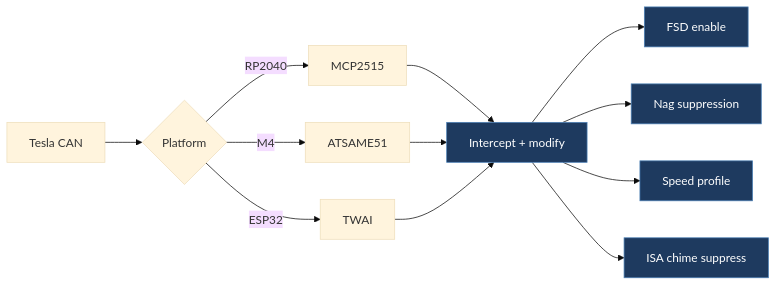
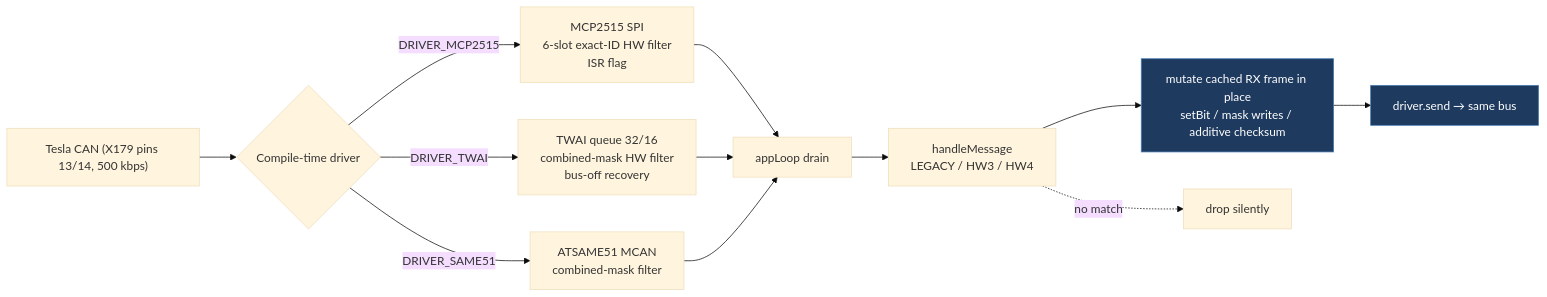
Before and after one commit to babico/TeslaCANModder: the diagram in docs/legacy/sahilcc7-tesla_can.md, drawn with Mermaid (base theme). The commit also changed other lines of this file and 99 other files, not shown here.

````diff
--- a/docs/legacy/sahilcc7-tesla_can.md
+++ b/docs/legacy/sahilcc7-tesla_can.md
@@ -19,14 +96,14 @@
 ```mermaid
 flowchart LR
-    Car["Tesla CAN"] --> HW{"Platform"}
-    HW -->|RP2040| MCP["MCP2515"]
-    HW -->|M4| MCAN["ATSAME51"]
-    HW -->|ESP32| TWAI["TWAI"]
-    MCP & MCAN & TWAI --> Frame["Intercept + modify"]
-    Frame --> FSD["FSD enable"]
-    Frame --> Nag["Nag suppression"]
-    Frame --> Prof["Speed profile"]
-    Frame --> ISA["ISA chime suppress"]
-    classDef path fill:#1e3a5f,stroke:#4a7fb5,color:#fff
-    class Frame,FSD,Nag,Prof,ISA path
+    Car["Tesla CAN (X179 pins 13/14, 500 kbps)"] --> HW{"Compile-time driver"}
+    HW -->|DRIVER_MCP2515| MCP["MCP2515 SPI<br/>6-slot exact-ID HW filter<br/>ISR flag"]
+    HW -->|DRIVER_TWAI| TWAI["TWAI queue 32/16<br/>combined-mask HW filter<br/>bus-off recovery"]
+    HW -->|DRIVER_SAME51| SAME["ATSAME51 MCAN<br/>combined-mask filter"]
+    MCP & TWAI & SAME --> Loop["appLoop drain"]
+    Loop --> Disp["handleMessage<br/>LEGACY / HW3 / HW4"]
+    Disp --> Mut["mutate cached RX frame in place<br/>setBit / mask writes / additive checksum"]
+    Mut --> TX["driver.send → same bus"]
+    Disp -.->|no match| Drop["drop silently"]
+    classDef active fill:#1e3a5f,stroke:#4a7fb5,color:#fff
+    class Mut,TX active
 ```
````
